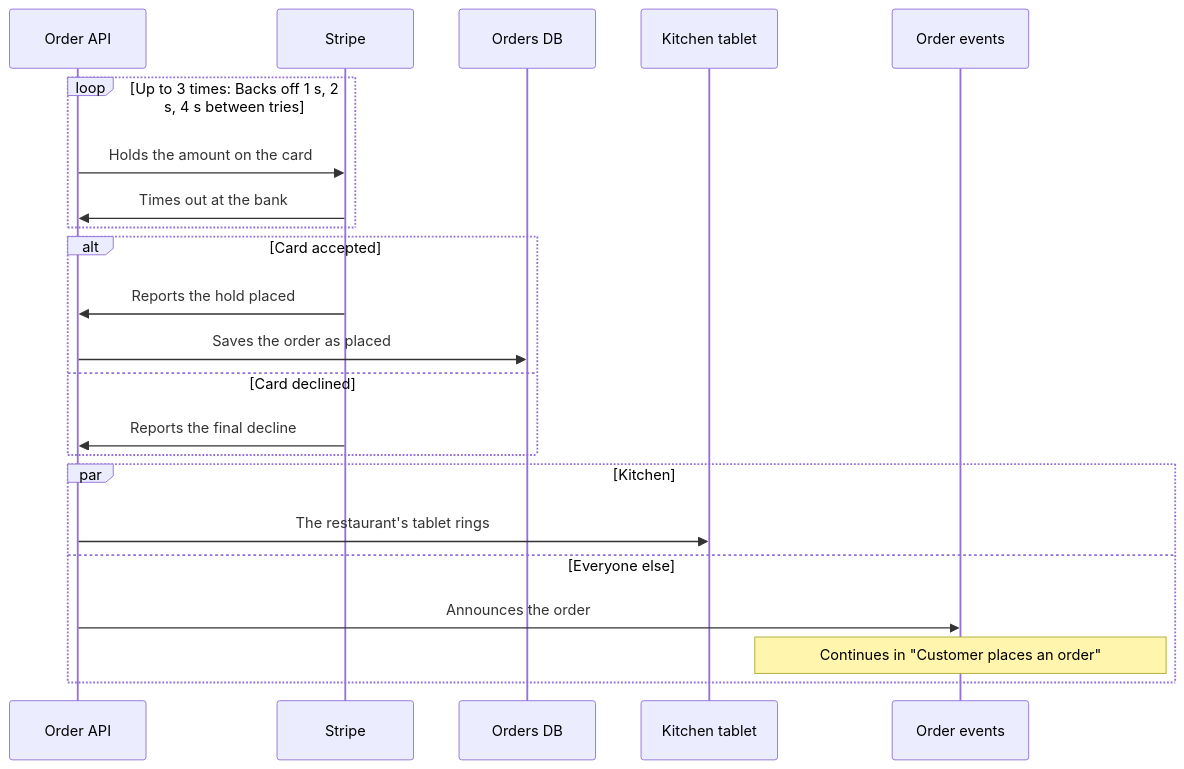
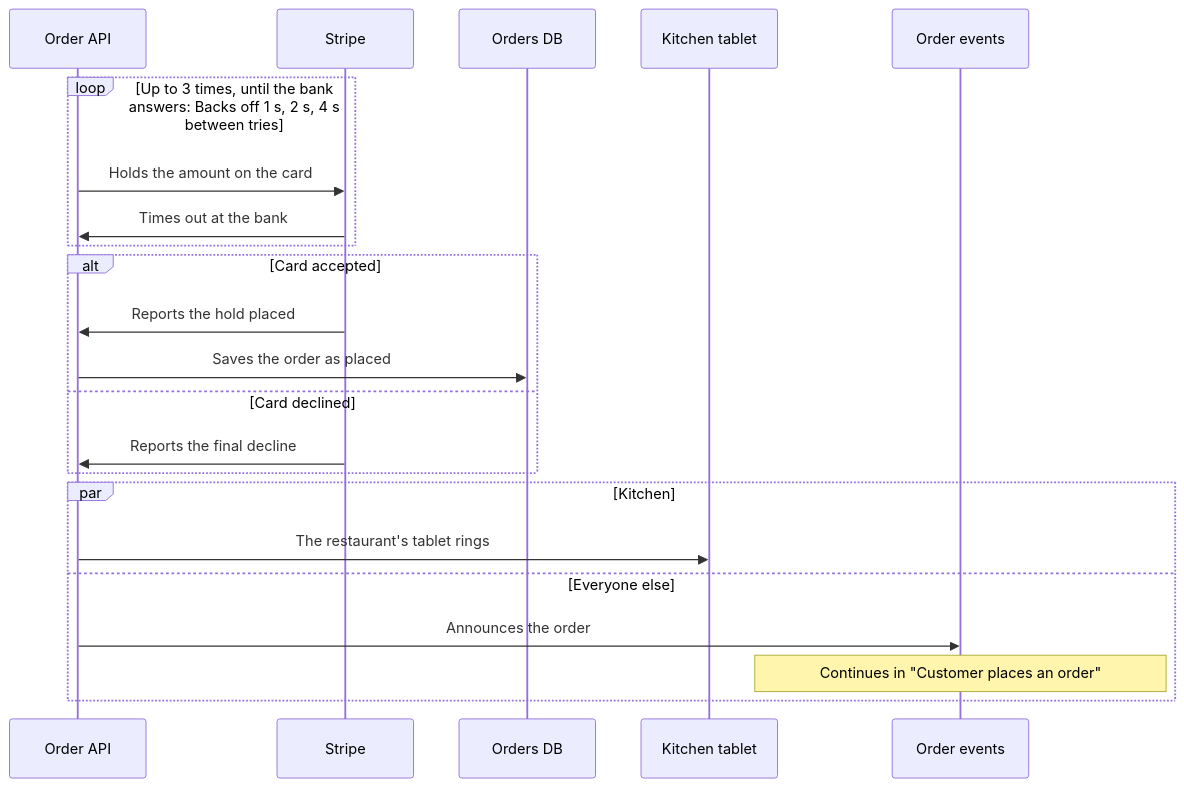
The first of 2 diagrams in docs/guide/flows.md (feluminais/flowy-docs), drawn with Mermaid before and after one commit. The commit also changed other lines of this file and 19 other files, not shown here.

````diff
--- a/docs/guide/flows.md
+++ b/docs/guide/flows.md
@@ -110,24 +112,24 @@
 ```mermaid
 sequenceDiagram
   participant n0 as Order API
   participant n1 as Stripe
   participant n2 as Orders DB
   participant n3 as Kitchen tablet
   participant n4 as Order events
-  loop Up to 3 times: Backs off 1 s, 2 s, 4 s between tries
+  loop Up to 3 times, until the bank answers: Backs off 1 s, 2 s, 4 s between tries
     n0->>n1: Holds the amount on the card
     n1->>n0: Times out at the bank
   end
   alt Card accepted
     n1->>n0: Reports the hold placed
     n0->>n2: Saves the order as placed
   else Card declined
     n1->>n0: Reports the final decline
   end
   par Kitchen
     n0->>n3: The restaurant's tablet rings
   and Everyone else
     n0->>n4: Announces the order
     Note over n4: Continues in #quot;Customer places an order#quot;
   end
 ```
````
